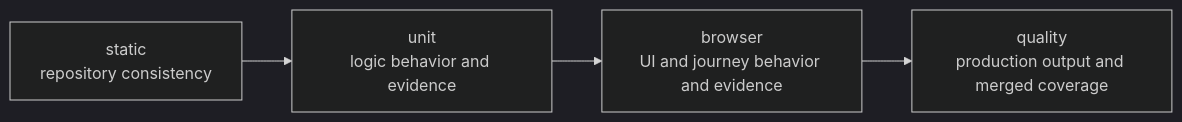
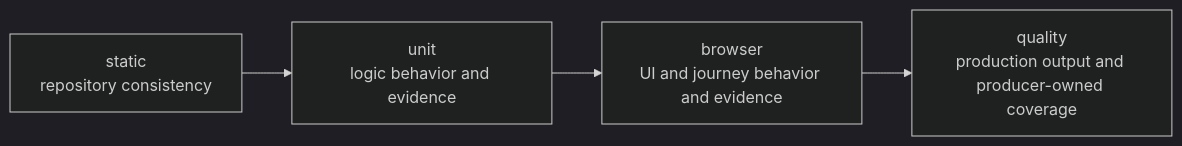
The fourth of 9 diagrams in docs/testing-and-validation.md (pietgk/web-interview), drawn with Mermaid (dark theme) before and after one commit. The commit also changed other lines of this file and 24 other files, not shown here.

Commit message:
implement producer-owned coverage evidence

````diff
--- a/docs/testing-and-validation.md
+++ b/docs/testing-and-validation.md
@@ -126,6 +135,6 @@
 ```mermaid
 flowchart LR
   A["static<br/>repository consistency"] --> B["unit<br/>logic behavior and evidence"]
   B --> C["browser<br/>UI and journey behavior and evidence"]
-  C --> D["quality<br/>production output and merged coverage"]
+  C --> D["quality<br/>production output and producer-owned coverage"]
 ```
````
